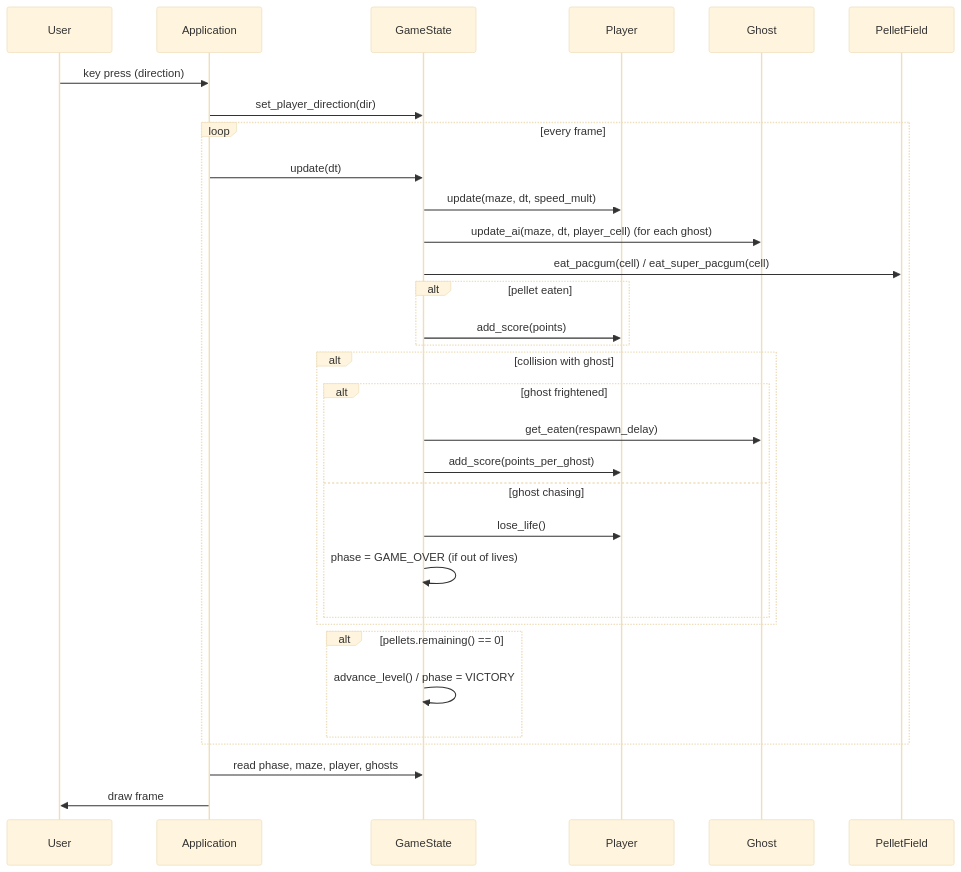
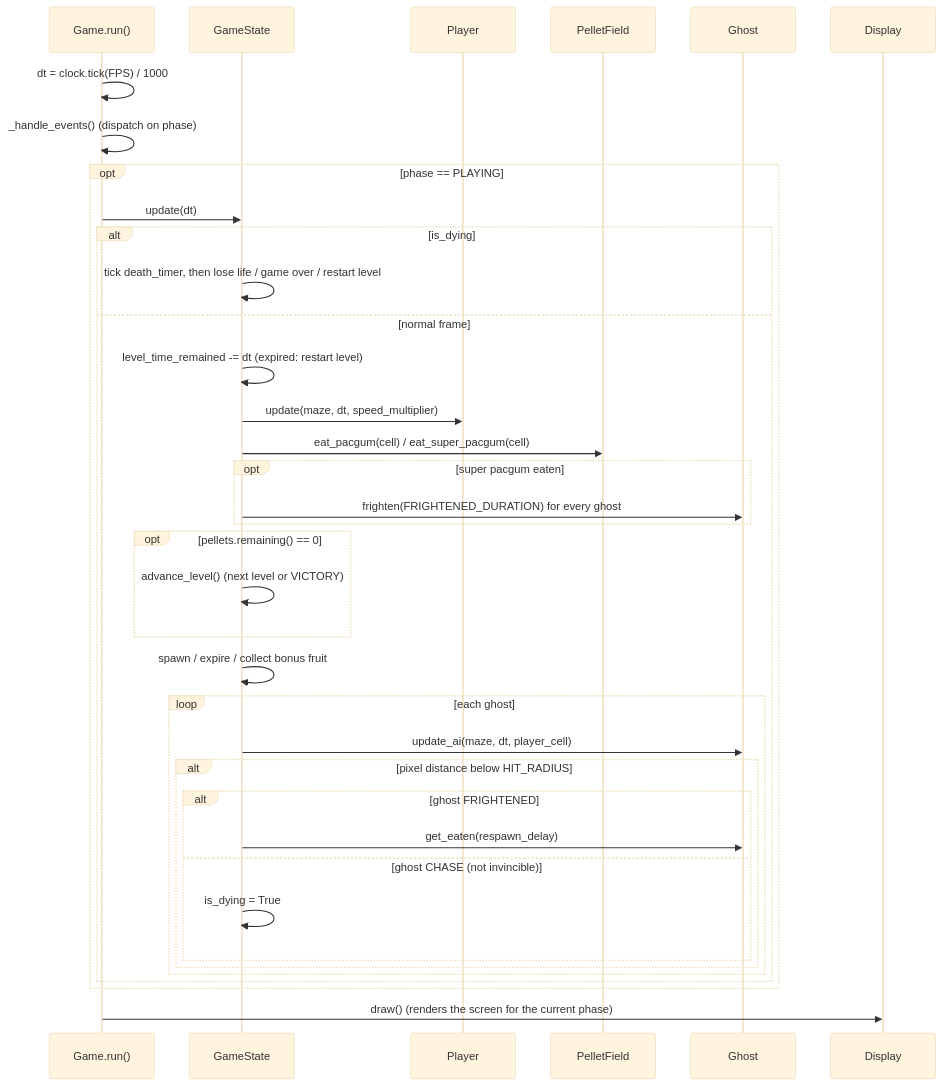
One commit to ArianMost/PacMan changed the fifth of 6 diagrams in docs/architecture.md. Above: the diagram before and after it, drawn with Mermaid (base theme). The commit also changed other lines of this file, not shown here.

First line of the commit message:
revised architecture document for clarity and updates.

````diff
--- a/docs/architecture.md
+++ b/docs/architecture.md
@@ -250,35 +419,40 @@
 ```mermaid
 sequenceDiagram
-    participant User
-    participant App as Application
+    participant App as Game.run()
     participant GS as GameState
     participant P as Player
+    participant PF as PelletField
     participant G as Ghost
-    participant PF as PelletField
+    participant D as Display
 
-    User->>App: key press (direction)
-    App->>GS: set_player_direction(dir)
-    loop every frame
+    App->>App: dt = clock.tick(FPS) / 1000
+    App->>App: _handle_events() (dispatch on phase)
+    opt phase == PLAYING
         App->>GS: update(dt)
-        GS->>P: update(maze, dt, speed_mult)
-        GS->>G: update_ai(maze, dt, player_cell)  (for each ghost)
-        GS->>PF: eat_pacgum(cell) / eat_super_pacgum(cell)
-        alt pellet eaten
-            GS->>P: add_score(points)
-        end
-        alt collision with ghost
-            alt ghost frightened
-                GS->>G: get_eaten(respawn_delay)
-                GS->>P: add_score(points_per_ghost)
-            else ghost chasing
-                GS->>P: lose_life()
-                GS->>GS: phase = GAME_OVER (if out of lives)
+        alt is_dying
+            GS->>GS: tick death_timer, then lose life / game over / restart level
+        else normal frame
+            GS->>GS: level_time_remained -= dt (expired: restart level)
+            GS->>P: update(maze, dt, speed_multiplier)
+            GS->>PF: eat_pacgum(cell) / eat_super_pacgum(cell)
+            opt super pacgum eaten
+                GS->>G: frighten(FRIGHTENED_DURATION) for every ghost
+            end
+            opt pellets.remaining() == 0
+                GS->>GS: advance_level() (next level or VICTORY)
+            end
+            GS->>GS: spawn / expire / collect bonus fruit
+            loop each ghost
+                GS->>G: update_ai(maze, dt, player_cell)
+                alt pixel distance below HIT_RADIUS
+                    alt ghost FRIGHTENED
+                        GS->>G: get_eaten(respawn_delay)
+                    else ghost CHASE (not invincible)
+                        GS->>GS: is_dying = True
+                    end
+                end
             end
         end
-        alt pellets.remaining() == 0
-            GS->>GS: advance_level() / phase = VICTORY
-        end
     end
-    App->>GS: read phase, maze, player, ghosts
-    App->>User: draw frame
+    App->>D: draw() (renders the screen for the current phase)
 ```
````
